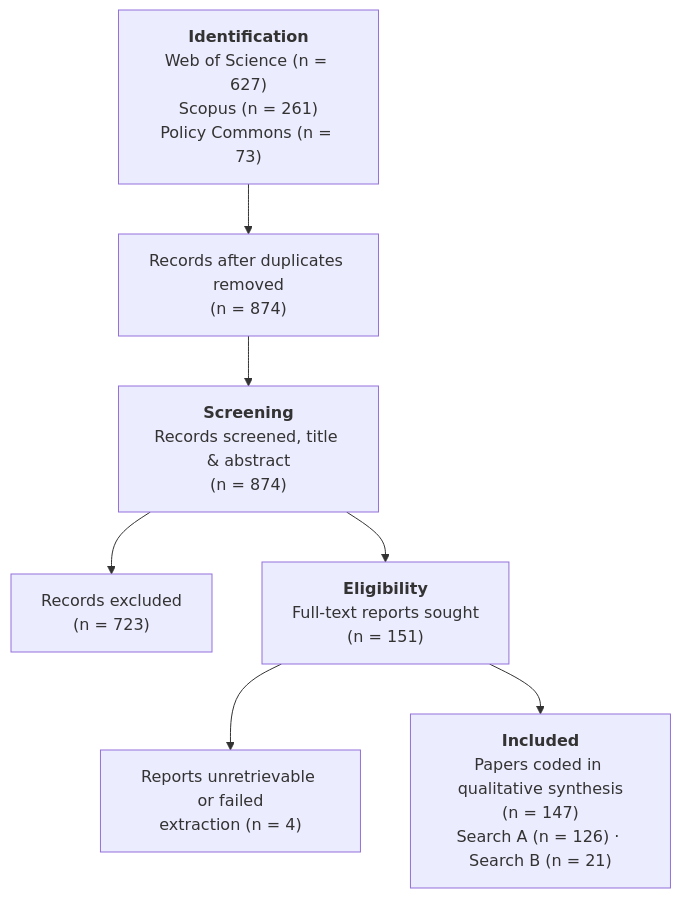
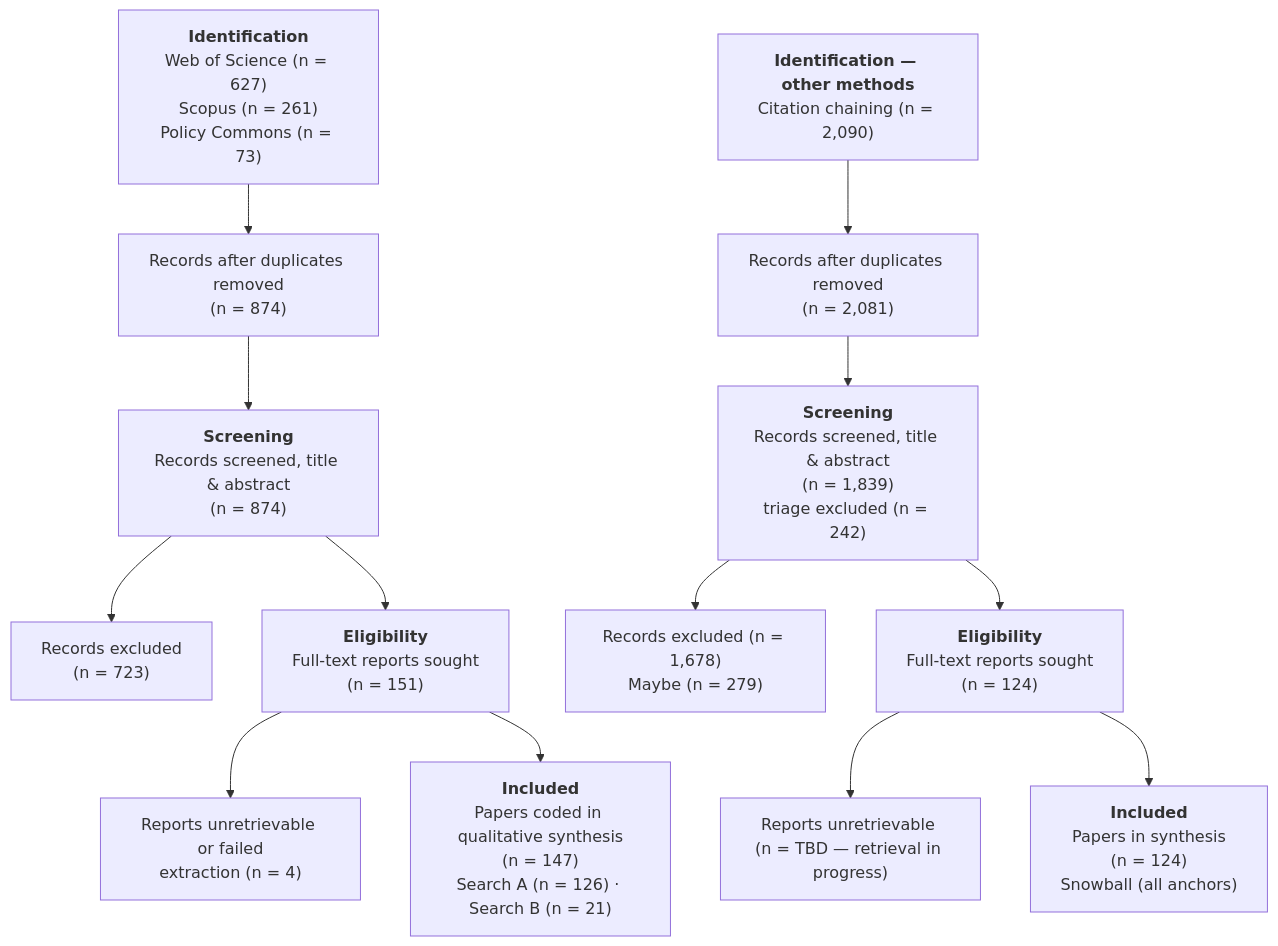
Before and after one commit to EVasiloudes/algorithmic-governance-domicide-slr: the diagram in projects/dissertation/ch3-draft.md, drawn with Mermaid. The commit also changed other lines of this file and 1 other file, not shown here.

````diff
--- a/projects/dissertation/ch3-draft.md
+++ b/projects/dissertation/ch3-draft.md
@@ -115,9 +127,15 @@
 ```mermaid
 flowchart TD
     A1["<b>Identification</b><br/>Web of Science (n = 627)<br/>Scopus (n = 261)<br/>Policy Commons (n = 73)"] --> B["Records after duplicates removed<br/>(n = 874)"]
+    A2["<b>Identification — other methods</b><br/>Citation chaining (n = 2,090)"] --> B2["Records after duplicates removed<br/>(n = 2,081)"]
     B --> C["<b>Screening</b><br/>Records screened, title &amp; abstract<br/>(n = 874)"]
+    B2 --> C2["<b>Screening</b><br/>Records screened, title &amp; abstract<br/>(n = 1,839)<br/>triage excluded (n = 242)"]
     C --> D["Records excluded<br/>(n = 723)"]
     C --> E["<b>Eligibility</b><br/>Full-text reports sought<br/>(n = 151)"]
+    C2 --> D2["Records excluded (n = 1,678)<br/>Maybe (n = 279)"]
+    C2 --> E2["<b>Eligibility</b><br/>Full-text reports sought<br/>(n = 124)"]
     E --> F["Reports unretrievable or failed<br/>extraction (n = 4)"]
+    E2 --> F2["Reports unretrievable (n = TBD — retrieval in progress)"]
     E --> G["<b>Included</b><br/>Papers coded in qualitative synthesis<br/>(n = 147)<br/>Search A (n = 126) · Search B (n = 21)"]
+    E2 --> G2["<b>Included</b><br/>Papers in synthesis<br/>(n = 124)<br/>Snowball (all anchors)"]
 ```
````
